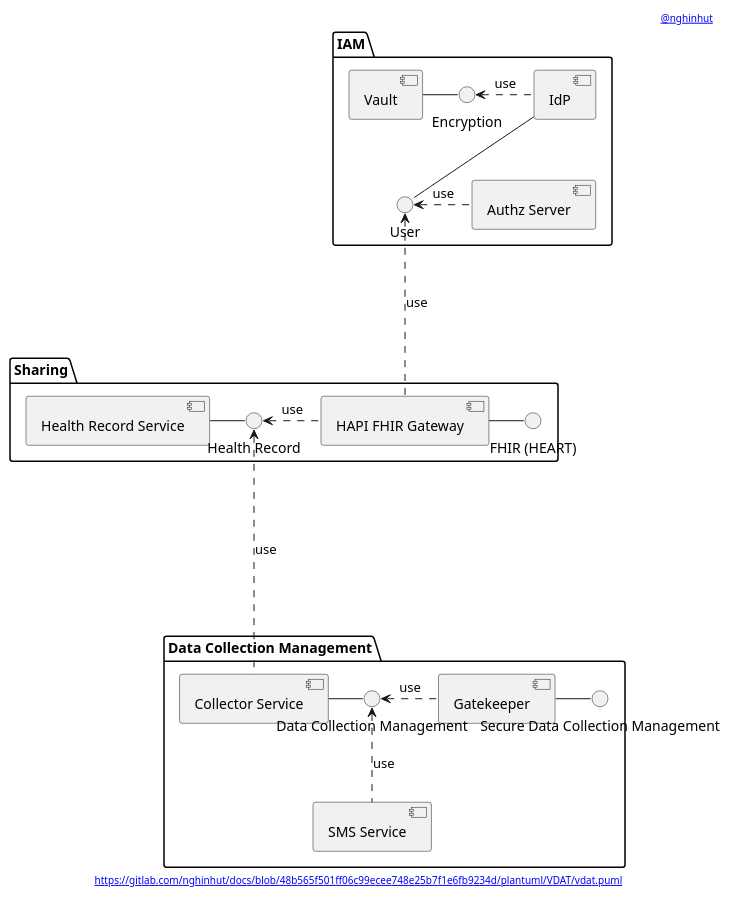
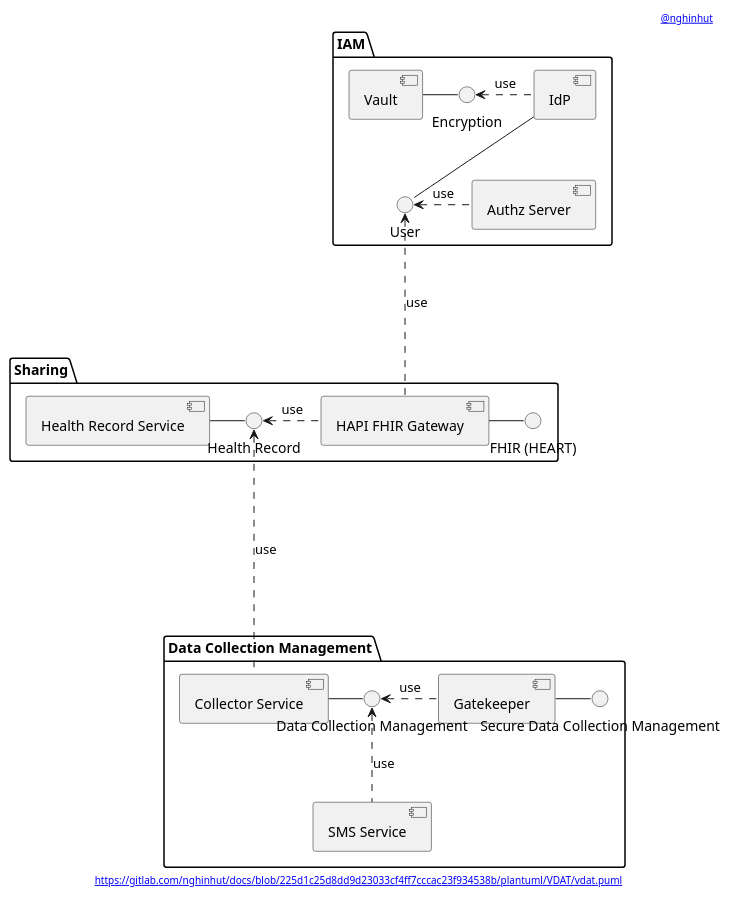
Before and after one commit to nghinhut/docs: the diagram in plantuml/VDAT/vdat.component.puml, drawn with PlantUML. The commit also changed 24 other files, not shown here.

Commit message:
docs(plantuml): update headers

```diff
--- a/plantuml/VDAT/vdat.component.puml
+++ b/plantuml/VDAT/vdat.component.puml
@@ -1,59 +1,59 @@
 @startuml
 '-----START auto generated metadata please keep comment here to allow auto update-----
 '-----DON'T EDIT THIS SECTION, INSTEAD RE-RUN prebuild.sh TO UPDATE-----
-header [[https://www.nghinhut.dev?from=http%5C%3A%5C%2F%5C%2Fwww%5C.plantuml%5C.com%5C%2Fplantuml%5C%2Fproxy%3Ffmt%3Dsvg%5C%26src%3Dhttps%5C%3A%5C%2F%5C%2Fgitlab%5C.com%5C%2Fnghinhut%5C%2Fdocs%5C%2Fraw%5C%2F48b565f501ff06c99ecee748e25b7f1e6fb9234d%5C%2Fplantuml%5C%2FVDAT%5C%2Fvdat%5C.puml%0A @nghinhut]]
-footer [[http://www.plantuml.com/plantuml/proxy?fmt=svg&src=https://gitlab.com/nghinhut/docs/raw/48b565f501ff06c99ecee748e25b7f1e6fb9234d/plantuml/VDAT/vdat.puml https://gitlab.com/nghinhut/docs/blob/48b565f501ff06c99ecee748e25b7f1e6fb9234d/plantuml/VDAT/vdat.puml]]
+header [[https://www.nghinhut.dev?from=http%5C%3A%5C%2F%5C%2Fwww%5C.plantuml%5C.com%5C%2Fplantuml%5C%2Fproxy%3Ffmt%3Dsvg%5C%26src%3Dhttps%5C%3A%5C%2F%5C%2Fgitlab%5C.com%5C%2Fnghinhut%5C%2Fdocs%5C%2Fraw%5C%2F225d1c25d8dd9d23033cf4ff7cccac23f934538b%5C%2Fplantuml%5C%2FVDAT%5C%2Fvdat%5C.puml%0A @nghinhut]]
+footer [[http://www.plantuml.com/plantuml/proxy?fmt=svg&src=https://gitlab.com/nghinhut/docs/raw/225d1c25d8dd9d23033cf4ff7cccac23f934538b/plantuml/VDAT/vdat.puml https://gitlab.com/nghinhut/docs/blob/225d1c25d8dd9d23033cf4ff7cccac23f934538b/plantuml/VDAT/vdat.puml]]
 '-----END auto generated metadata please keep comment here to allow auto update-----
 
 package "IAM" {
     component "Authz Server" as as
     component Vault as vault
     component IdP as idp
 
 '    interface "OAuth2 Authentication" as IOAuth2Authentication
 '    interface "UMA2 Authorization" as IUMA2Authorization
 '    as -- IOAuth2Authentication
 '    as -- IUMA2Authorization
     interface "Encryption" as IEncrypt
     interface "User" as IUser
 }
 
 package "Sharing" {
     component "Health Record Service" as record
     interface "Health Record" as IHealthRecord
     component "HAPI FHIR Gateway" as fhir
     interface "FHIR (HEART)" as IFHIR
 }
 
 package "Data Collection Management" {
     component "Collector Service" as collector
     component "SMS Service" as sms
     component "Gatekeeper" as collector_gatekeeper
     interface "Data Collection Management" as IDataCollectionManagement
     interface "Secure Data Collection Management" as ISecureDataCollectionManagement
 }
 
 
 
 
 
 
 vault - IEncrypt
 IEncrypt <. idp : use
 idp -- IUser
 IUser <. as : use
 IUser <... fhir : use
 
 
 record - IHealthRecord
 IHealthRecord <. fhir : use
 fhir - IFHIR
 IHealthRecord <.... collector : use
 
 
 collector - IDataCollectionManagement
 IDataCollectionManagement <. collector_gatekeeper : use
 collector_gatekeeper - ISecureDataCollectionManagement
 
 IDataCollectionManagement <.. sms : use
 @enduml
```
